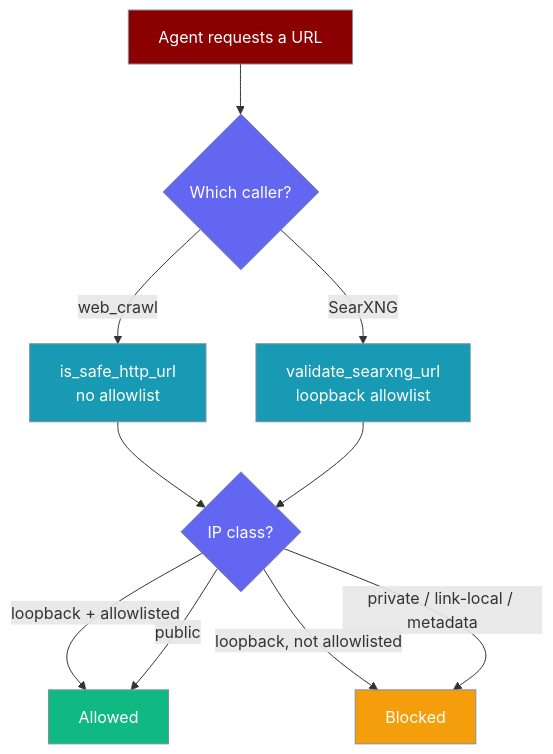
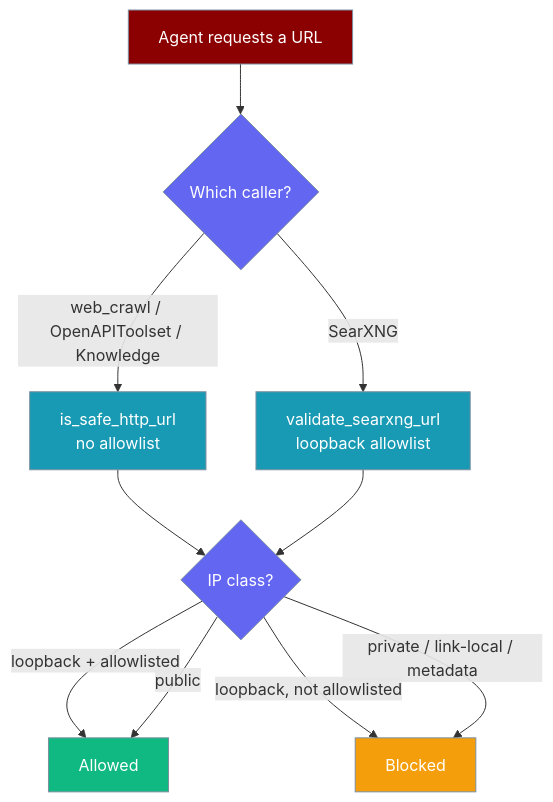
One commit to MervinPraison/PraisonAIDocs changed the fourth of 4 diagrams in docs/features/security-environment-variables.mdx. Above: the diagram before and after it, drawn with Mermaid. The commit also changed other lines of this file and 5 other files, not shown here.

````diff
--- a/docs/features/security-environment-variables.mdx
+++ b/docs/features/security-environment-variables.mdx
@@ -582,24 +587,24 @@
 ```mermaid
 graph TB
     U[Agent requests a URL] --> Q{Which caller?}
-    Q -->|web_crawl| C[is_safe_http_url<br/>no allowlist]
+    Q -->|web_crawl / OpenAPIToolset / Knowledge| C[is_safe_http_url<br/>no allowlist]
     Q -->|SearXNG| S[validate_searxng_url<br/>loopback allowlist]
     C --> IP{IP class?}
     S --> IP
     IP -->|loopback + allowlisted| OK[Allowed]
     IP -->|loopback, not allowlisted| NO[Blocked]
     IP -->|private / link-local / metadata| NO
     IP -->|public| OK
 
     classDef input fill:#8B0000,stroke:#7C90A0,color:#fff
     classDef proc fill:#189AB4,stroke:#7C90A0,color:#fff
     classDef cfg fill:#6366F1,stroke:#7C90A0,color:#fff
     classDef ok fill:#10B981,stroke:#7C90A0,color:#fff
     classDef warn fill:#F59E0B,stroke:#7C90A0,color:#fff
 
     class U input
     class Q,IP cfg
     class C,S proc
     class OK ok
     class NO warn
 ```
````
